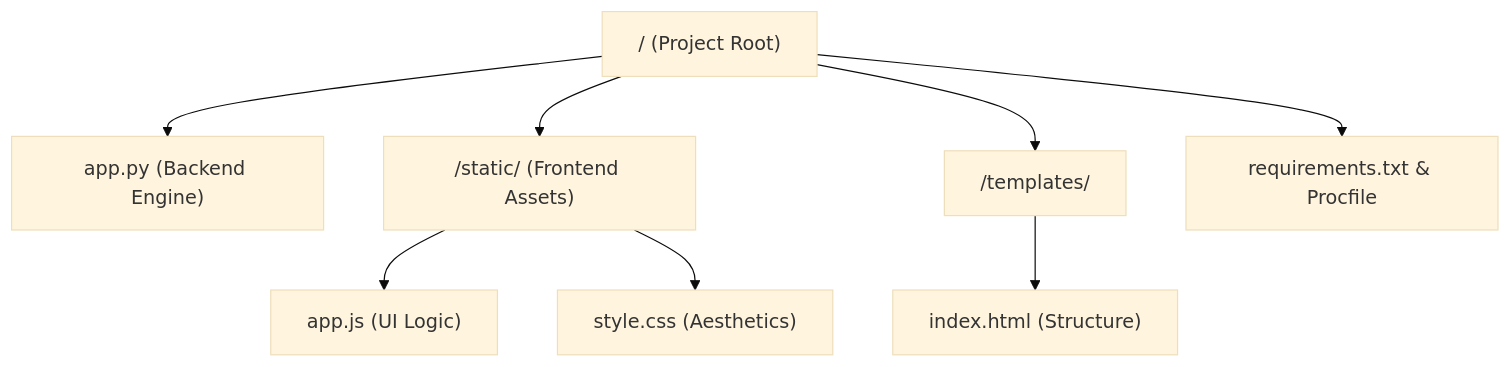
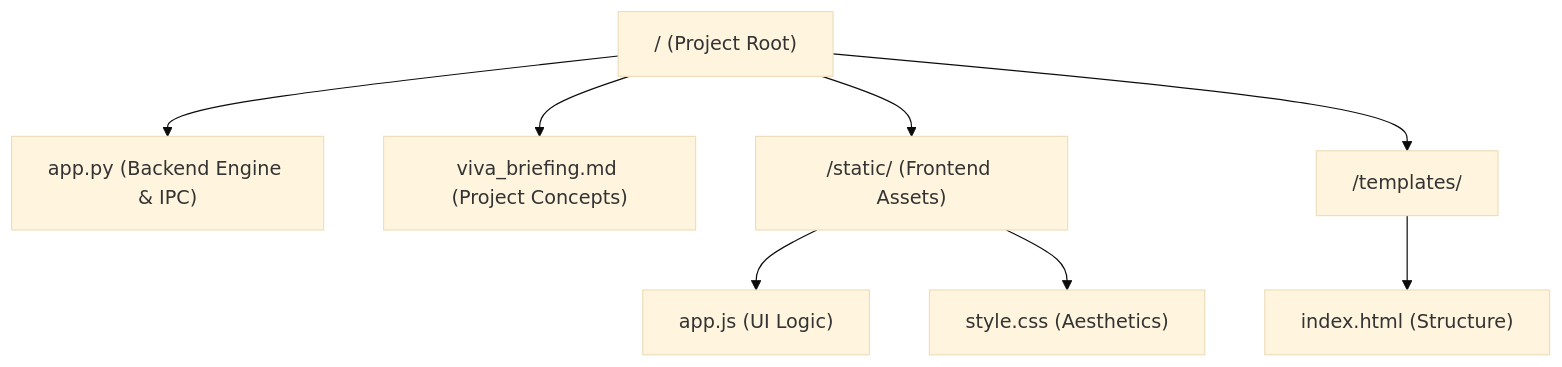
One commit to assamirzafar/OS_CEP changed the first of 2 diagrams in CEP_REPORT.md. Above: the diagram before and after it, drawn with Mermaid (base theme). The commit also changed other lines of this file and 1 other file, not shown here.

Commit message:
viva briefing

````diff
--- a/CEP_REPORT.md
+++ b/CEP_REPORT.md
@@ -21,11 +23,11 @@
 ```mermaid
 graph TD
     Root["/ (Project Root)"]
-    Root --> AppPy["app.py (Backend Engine)"]
+    Root --> AppPy["app.py (Backend Engine & IPC)"]
+    Root --> Viva["viva_briefing.md (Project Concepts)"]
     Root --> Static["/static/ (Frontend Assets)"]
     Static --> AppJS["app.js (UI Logic)"]
     Static --> StyleCSS["style.css (Aesthetics)"]
     Root --> Templates["/templates/"]
     Templates --> IndexHTML["index.html (Structure)"]
-    Root --> Deps["requirements.txt & Procfile"]
 ```
````
